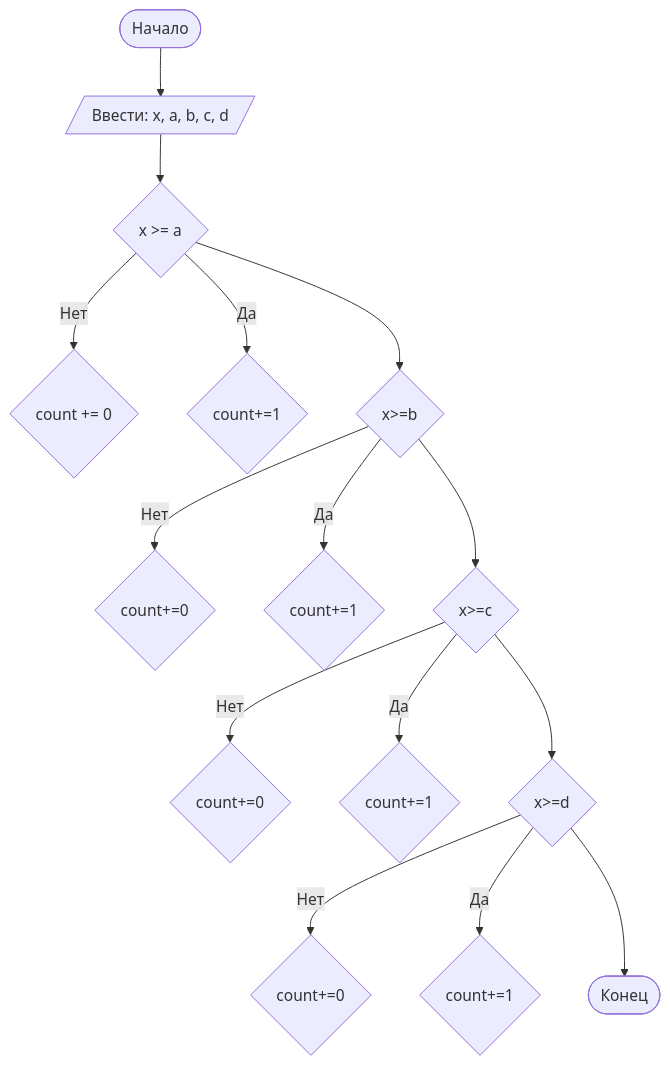
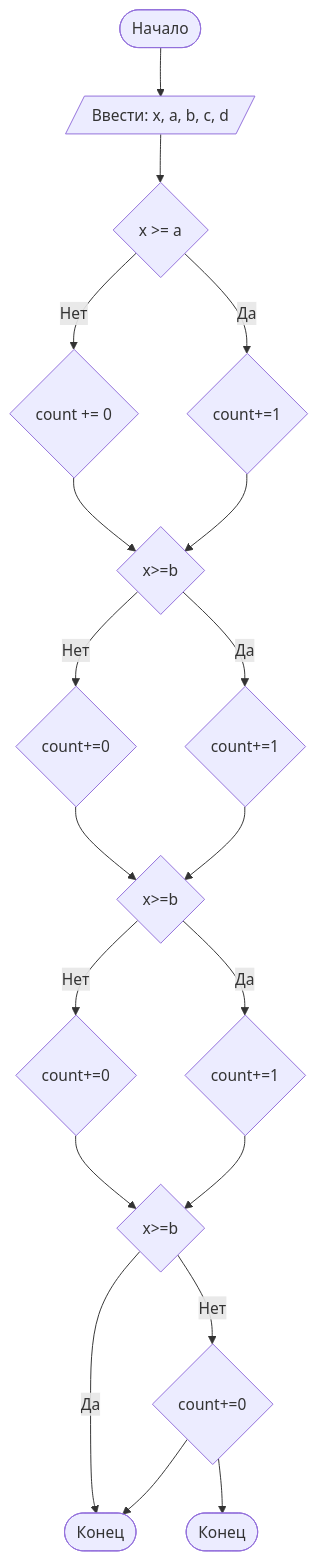
Before and after one commit to 09mikg09-svg/mishanya: the diagram in pm2601.md, drawn with Mermaid.

````diff
--- a/pm2601.md
+++ b/pm2601.md
@@ -90,18 +90,22 @@
 ```mermaid
 graph TD
     A([Начало]) --> B[/Ввести: x, a, b, c, d/]
     B --> C{x >= a}
     C -- Нет-->S{count += 0}
     C -- Да -->W{count+=1}
-    C --> F{x>=b}
+    S --> F{x>=b}
+    W --> F{x>=b}
     F -- Нет -->D{count+=0}
     F -- Да --> E{count+=1}
-    F --> G{x>=c}
+    D --> G{x>=c}
+    E --> G{x>=b}
     G -- Нет -->I{count+=0}
     G -- Да --> J{count+=1}
-    G --> H{x>=d}
+    I --> H{x>=d}
+    J --> H{x>=b}
     H -- Нет -->K{count+=0}
     H -- Да --> L{count+=1}
-    H --> Z([Конец])
+    K --> L([Конец])
+    K --> Z([Конец])
 
 ```
````
